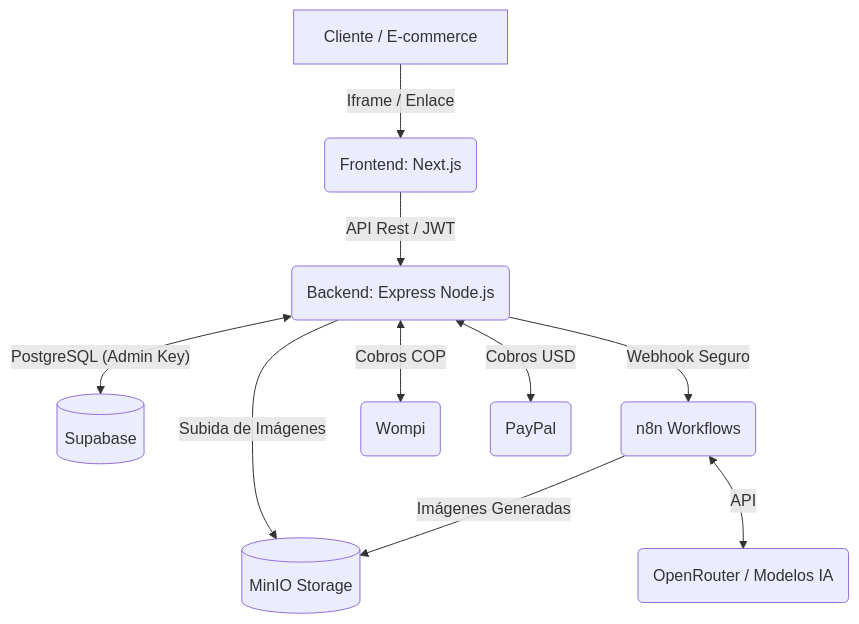
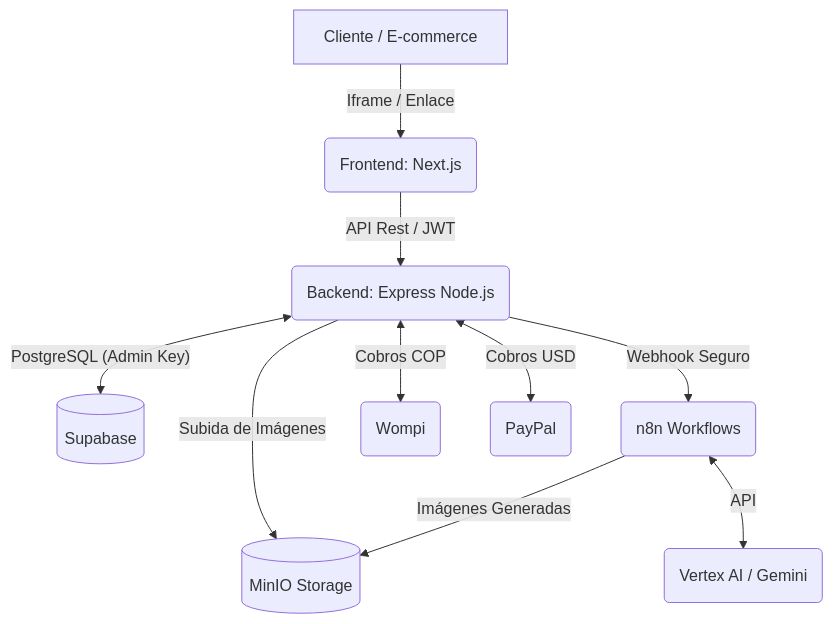
One commit to depper-IA/Lookitry changed the diagram in Lookitry_Brain_Vault/Cerebro/README.md. Above: the diagram before and after it, drawn with Mermaid. The commit also changed other lines of this file and 15 other files, not shown here.

````diff
--- a/Lookitry_Brain_Vault/Cerebro/README.md
+++ b/Lookitry_Brain_Vault/Cerebro/README.md
@@ -93,12 +93,12 @@
 ```mermaid
 graph TD;
     A["Cliente / E-commerce"] -->|"Iframe / Enlace"| B("Frontend: Next.js")
     B -->|"API Rest / JWT"| C("Backend: Express Node.js")
     C <-->|"PostgreSQL (Admin Key)"| D[("Supabase")]
     C -->|"Subida de Imágenes"| E[("MinIO Storage")]
     C -->|"Webhook Seguro"| F("n8n Workflows")
-    F <-->|"API"| G("OpenRouter / Modelos IA")
+    F <-->|"API"| G("Vertex AI / Gemini")
     F -->|"Imágenes Generadas"| E
     C <-->|"Cobros COP"| H("Wompi")
     C <-->|"Cobros USD"| I("PayPal")
 ```
````
